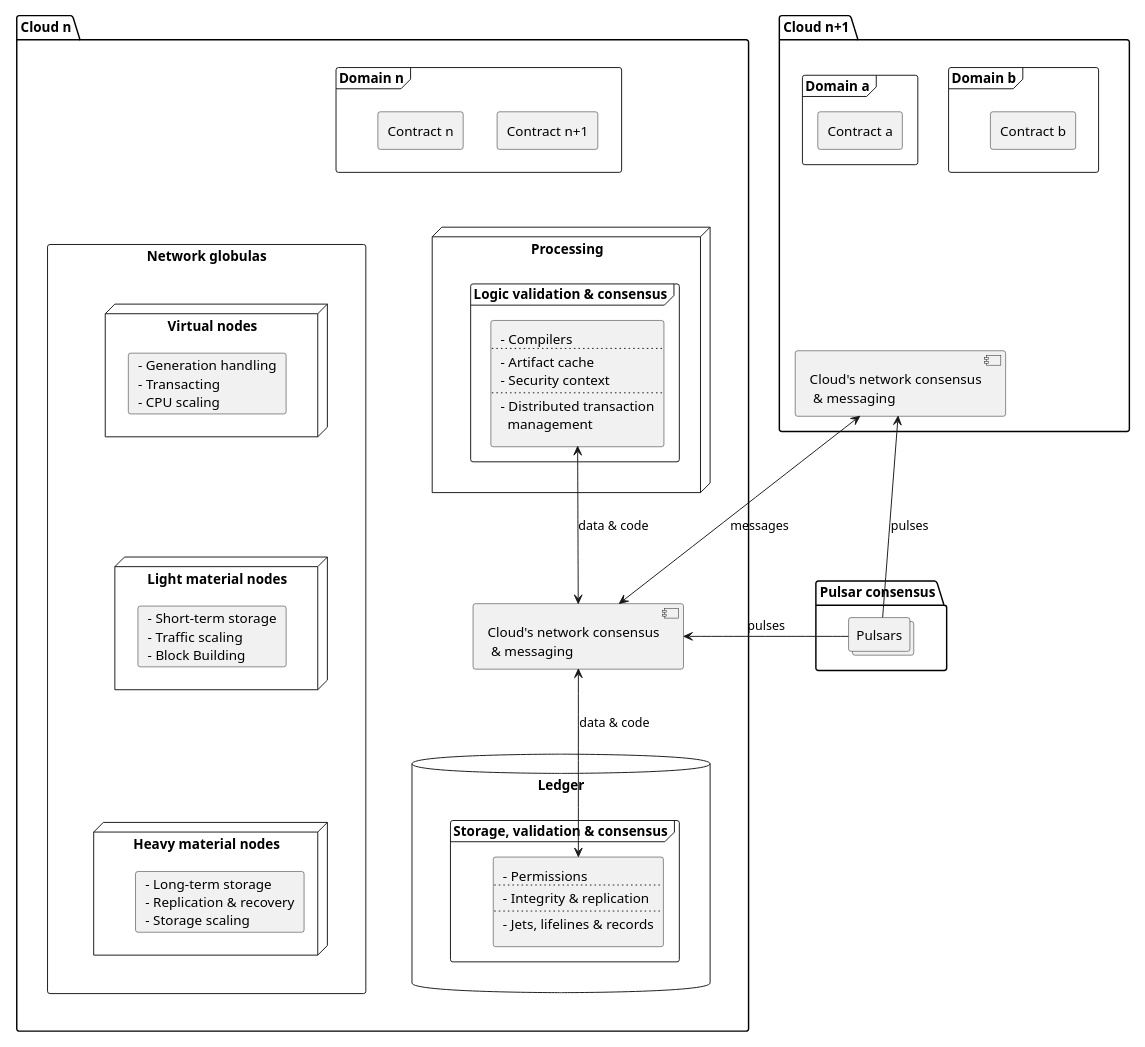
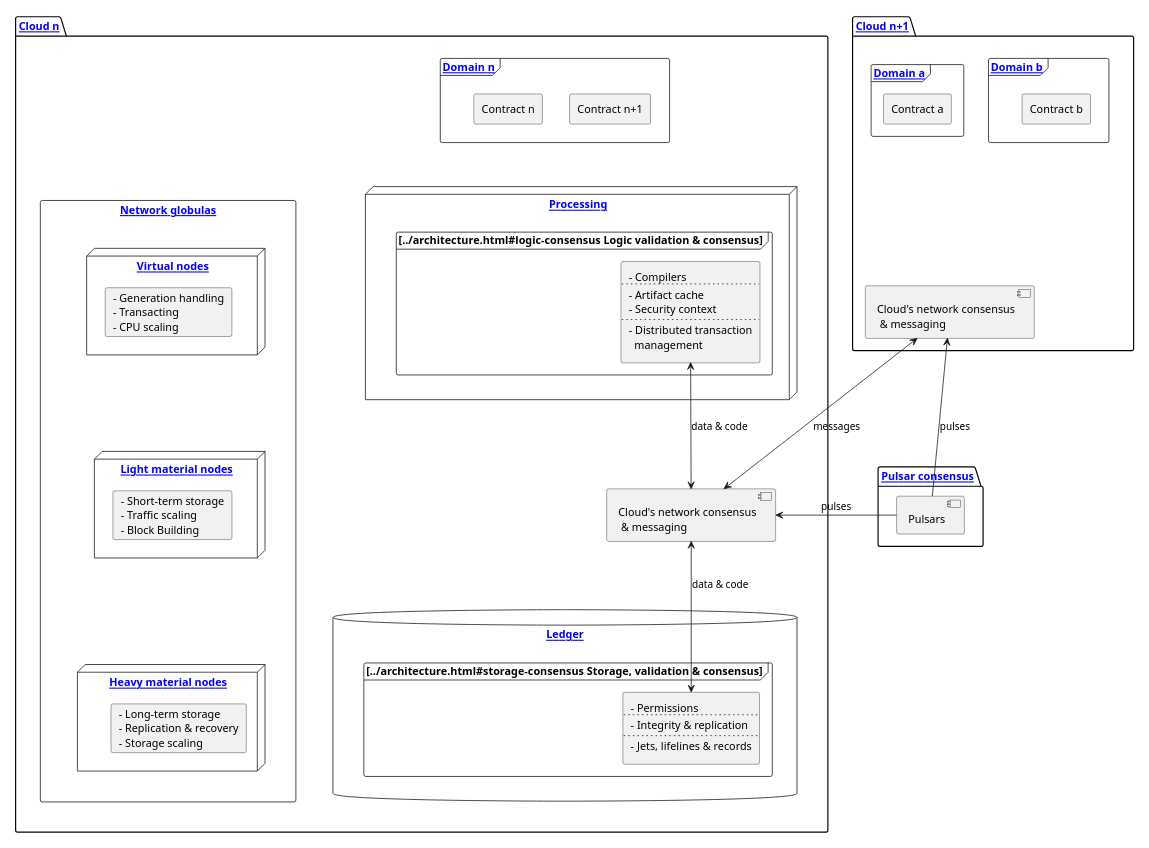
One commit to sofiayem/rtd-doc-tests changed the first of 5 diagrams in docs/source/architecture.rst. Above: the diagram before and after it, drawn with PlantUML.

Commit message:
big scheme test

```diff
--- a/docs/source/architecture.rst
+++ b/docs/source/architecture.rst
@@ -36,43 +36,43 @@
    scale 750 width
    
    together {
-     package "Pulsar consensus" as pcon [[../architecture.html#pulsar-consensus]] {
-       collections Pulsars [[../architecture.html#pulsars]]
+     package "[[../architecture.html#pulsar-consensus Pulsar consensus]]" as pcon {
+       card [Pulsars] [[../architecture.html#pulsars]]
      }
-     package "Cloud n+1" as cloudnext [[../architecture.html#fed-of-clouds]] {
+     package "[[../architecture.html#fed-of-clouds Cloud n+1]]" as cloudnext {
        card [Cloud's network consensus\n & messaging] as nextnet [[../architecture.html#network-consensus]]
-       frame "Domain b" as domb [[../architecture.html#domains]] {
+       frame "[[../architecture.html#domains Domain b]]" as domb {
          rectangle "Contract b" as cntrctb [[../architecture.html#contracts]]
        }
-       frame "Domain a" as doma [[../architecture.html#domains ]] {
+       frame "[[../architecture.html#domains Domain a]]" as doma {
          rectangle "Contract a" as cntrcta [[../architecture.html#contracts]]
        }
        cntrctb -[hidden]d- nextnet
        cntrcta -[hidden]d- nextnet
-       Pulsars -u-> nextnet : pulses
+       [Pulsars] -u-> nextnet : pulses
      }
    }
-   package "Cloud n" as cloudn [[../architecture.html#fed-of-clouds]] {
-       frame "Domain n" as domn [[../architecture.html#domains]] {
+   package "[[../architecture.html#fed-of-clouds Cloud n]]" as cloudn {
+       frame "[[../architecture.html#domains Domain n]]" as domn {
          rectangle "Contract n+1" as cntrctnext [[../architecture.html#contracts]]
          rectangle "Contract n" as cntrctne [[../architecture.html#contracts]]
        }
-       rectangle "Network globulas" as globula [[../architecture.html#globulas]] {
-         node "Virtual nodes" as vn [[../architecture.html#virtual]] {
+       rectangle "[[../architecture.html#globulas Network globulas]]" as globula {
+         node "[[../architecture.html#virtual Virtual nodes]]" as vn {
              card vcard [
                - Generation handling
                - Transacting
                - CPU scaling
              ]
          }
-         node "Light material nodes" as ln [[../architecture.html#light-material]] {
+         node "[[../architecture.html#light-material Light material nodes]]" as ln {
              card lcard [
                - Short-term storage
                - Traffic scaling
                - Block Building
              ]
          }
-         node "Heavy material nodes" as hn [[../architecture.html#heavy-material]] {
+         node "[[../architecture.html#heavy-material Heavy material nodes]]" as hn {
              card hcard [
                - Long-term storage
                - Replication & recovery
@@ -82,8 +82,8 @@
       }
       together {
       card [Cloud's network consensus\n & messaging] as net [[../architecture.html#network-consensus]]
-      database "Ledger" as db [[../architecture.html#ledger]] {
-         frame "Storage, validation & consensus" [[../architecture.html#storage-consensus]] {
+      database "[[../architecture.html#ledger Ledger]]" as db {
+         frame "[[../architecture.html#storage-consensus Storage, validation & consensus]]" {
          rectangle ldgr [
            - Permissions
            ....
@@ -93,8 +93,8 @@
          ]
          }
       }
-      node "Processing" as process [[../architecture.html#execution-validation]] {
-         frame "Logic validation & consensus" [[../architecture.html#logic-consensus]] {
+      node "[[../architecture.html#execution-validation Processing]]" as process {
+         frame "[[../architecture.html#logic-consensus Logic validation & consensus]]" {
          rectangle proc [
            - Compilers
            ....
@@ -117,7 +117,7 @@
       db -[hidden]r- hn
       process -[hidden]d- net
       proc -[hidden]r- vn
-      Pulsars -r-> net: pulses
+      [Pulsars] -r-> net: pulses
       net <-> nextnet : messages
       domb -[hidden]- net
       domb -[hidden]r- domn
```
